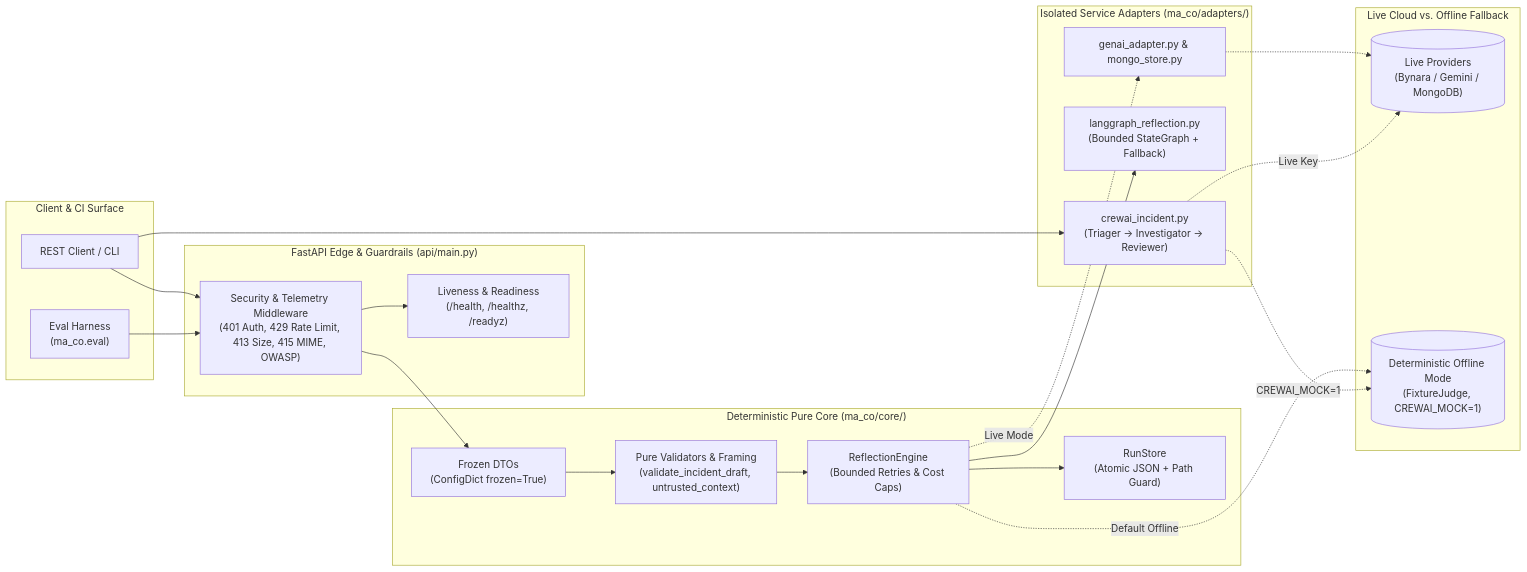
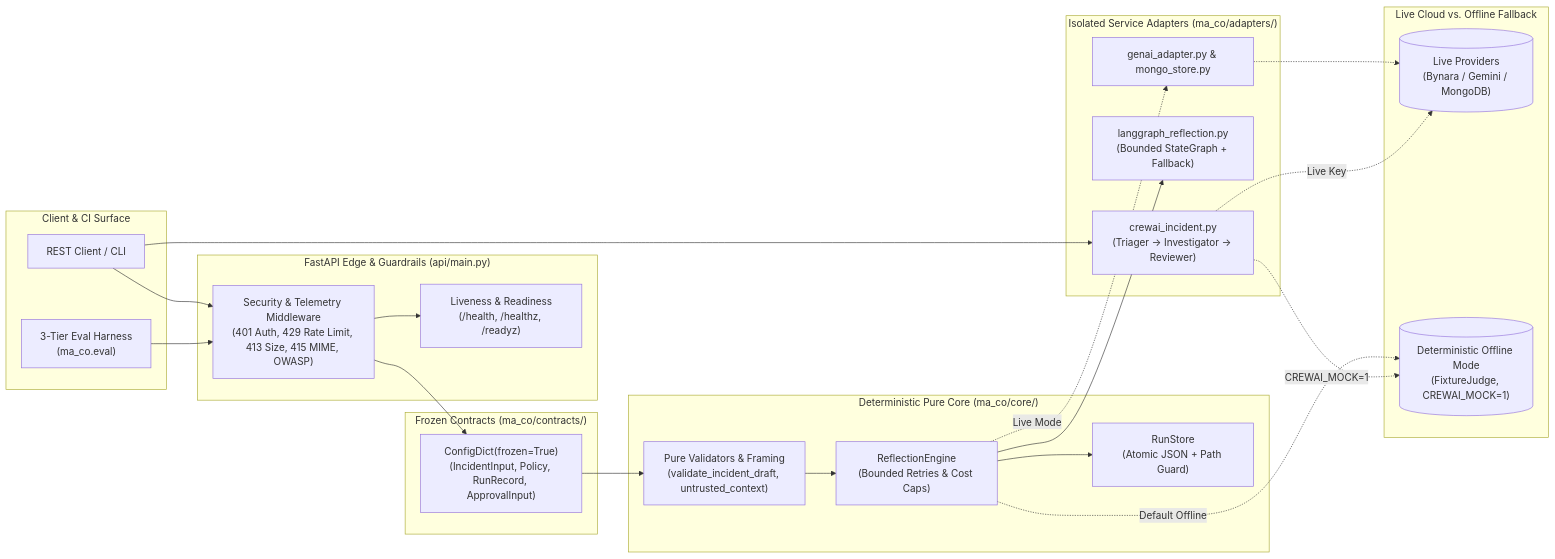
Before and after one commit to AshraHossain/multi-agent-conversational-orchestration: the first of 3 diagrams in README.md, drawn with Mermaid. The commit also changed other lines of this file and 35 other files, not shown here.

Commit message:
feat(architecture): add contracts layer, AST invariants, 3-tier eval harness, ADRs, and graphify refresh

````diff
--- a/README.md
+++ b/README.md
@@ -17,40 +17,43 @@
 ```mermaid
 flowchart LR
     subgraph Client["Client & CI Surface"]
         U["REST Client / CLI"]
-        EV["Eval Harness\n(ma_co.eval)"]
+        EV["3-Tier Eval Harness\n(ma_co.eval)"]
     end
 
     subgraph Edge["FastAPI Edge & Guardrails (api/main.py)"]
         MW["Security & Telemetry Middleware\n(401 Auth, 429 Rate Limit, 413 Size, 415 MIME, OWASP)"]
         PR["Liveness & Readiness\n(/health, /healthz, /readyz)"]
     end
 
+    subgraph Contracts["Frozen Contracts (ma_co/contracts/)"]
+        DTO["ConfigDict(frozen=True)\n(IncidentInput, Policy, RunRecord, ApprovalInput)"]
+    end
+
     subgraph Core["Deterministic Pure Core (ma_co/core/)"]
-        MOD["Frozen DTOs\n(ConfigDict frozen=True)"]
         VAL["Pure Validators & Framing\n(validate_incident_draft, untrusted_context)"]
         ENG["ReflectionEngine\n(Bounded Retries & Cost Caps)"]
         STR["RunStore\n(Atomic JSON + Path Guard)"]
     end
 
     subgraph Adapters["Isolated Service Adapters (ma_co/adapters/)"]
         CREW["crewai_incident.py\n(Triager -> Investigator -> Reviewer)"]
         LG["langgraph_reflection.py\n(Bounded StateGraph + Fallback)"]
         GEN["genai_adapter.py & mongo_store.py"]
     end
 
     subgraph Backends["Live Cloud vs. Offline Fallback"]
         LIVE[("Live Providers\n(Bynara / Gemini / MongoDB)")]
         MOCK[("Deterministic Offline Mode\n(FixtureJudge, CREWAI_MOCK=1)")]
     end
 
     U & EV --> MW
     MW --> PR
-    MW --> MOD --> VAL --> ENG --> STR
+    MW --> DTO --> VAL --> ENG --> STR
     ENG --> LG
     U --> CREW
     ENG -. "Live Mode" .-> GEN -.-> LIVE
     CREW -. "Live Key" .-> LIVE
     ENG -. "Default Offline" .-> MOCK
     CREW -. "CREWAI_MOCK=1" .-> MOCK
 ```
````
